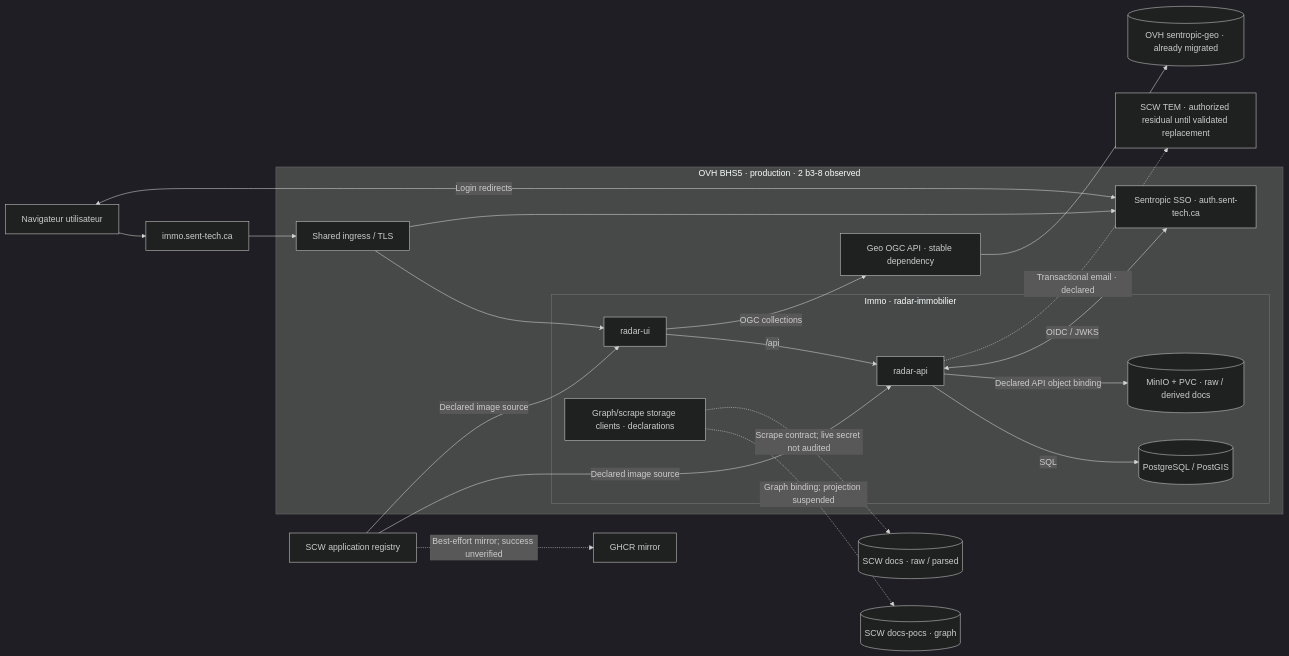
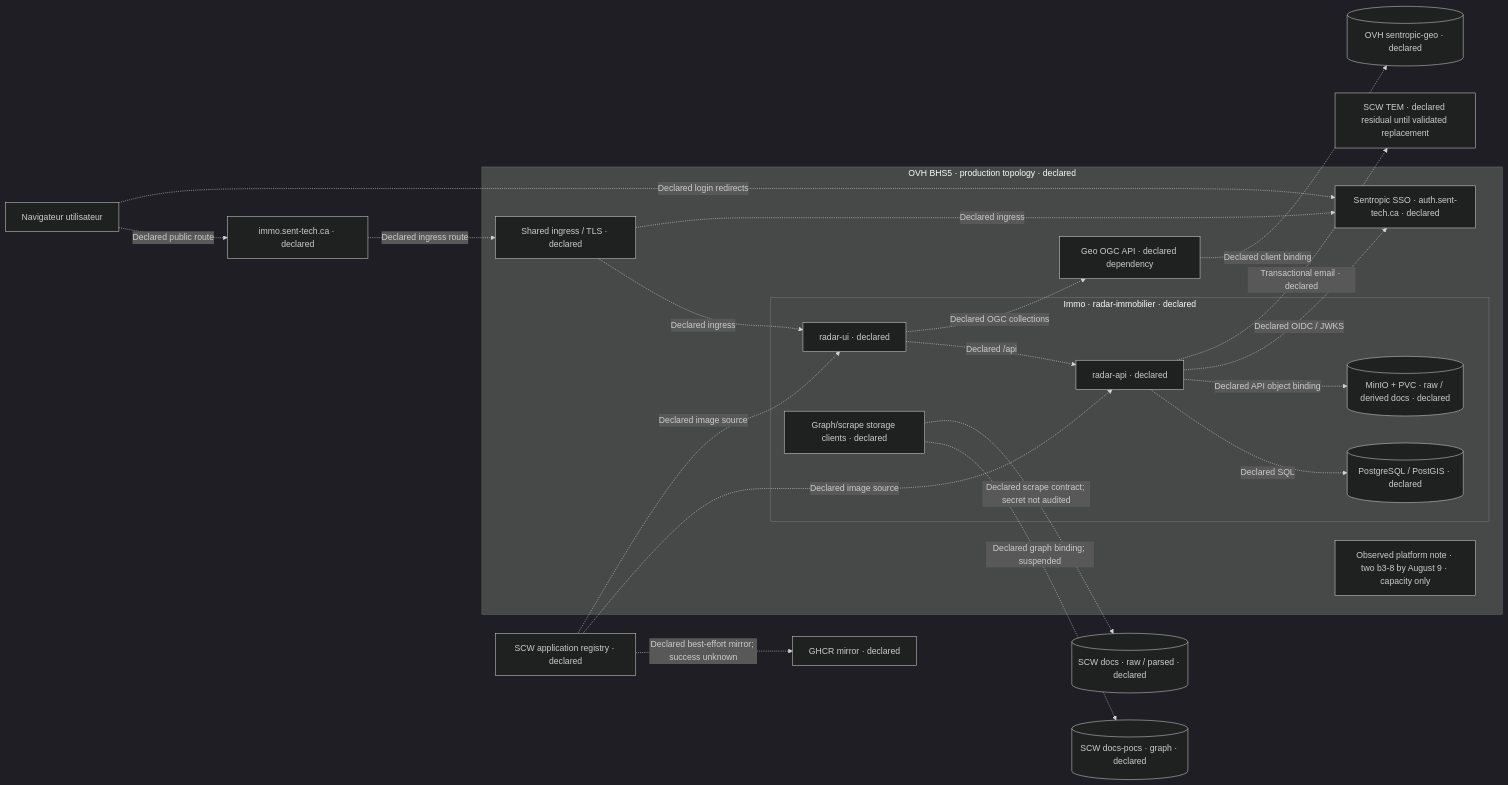
One commit to rhanka/radar-immobilier changed the first of 4 diagrams in docs/spec/SPEC_EVOL_ARCHITECTURE_TWO_TRANSITIONS.md. Above: the diagram before and after it, drawn with Mermaid (dark theme). The commit also changed other lines of this file, not shown here.

Commit message:
docs(architecture): correct dated transition evidence

````diff
--- a/docs/spec/SPEC_EVOL_ARCHITECTURE_TWO_TRANSITIONS.md
+++ b/docs/spec/SPEC_EVOL_ARCHITECTURE_TWO_TRANSITIONS.md
@@ -89,28 +99,29 @@
 ```mermaid
 flowchart LR
-  A_USER["Navigateur utilisateur"] --> A_URL["immo.sent-tech.ca"]
-  subgraph A_CLOUD["OVH BHS5 · production · 2 b3-8 observed"]
-    A_EDGE["Shared ingress / TLS"]
-    subgraph A_IMMO["Immo · radar-immobilier"]
-      A_UI["radar-ui"] -->|"/api"| A_API["radar-api"]
-      A_API -->|"SQL"| A_DB[("PostgreSQL / PostGIS")]
-      A_API -->|"Declared API object binding"| A_MINIO[("MinIO + PVC · raw / derived docs")]
-      A_CLIENTS["Graph/scrape storage clients · declarations"]
+  A_USER["Navigateur utilisateur"] -.->|"Declared public route"| A_URL["immo.sent-tech.ca · declared"]
+  subgraph A_CLOUD["OVH BHS5 · production topology · declared"]
+    A_EDGE["Shared ingress / TLS · declared"]
+    subgraph A_IMMO["Immo · radar-immobilier · declared"]
+      A_UI["radar-ui · declared"] -.->|"Declared /api"| A_API["radar-api · declared"]
+      A_API -.->|"Declared SQL"| A_DB[("PostgreSQL / PostGIS · declared")]
+      A_API -.->|"Declared API object binding"| A_MINIO[("MinIO + PVC · raw / derived docs · declared")]
+      A_CLIENTS["Graph/scrape storage clients · declared"]
     end
-    A_SSO["Sentropic SSO · auth.sent-tech.ca"]
-    A_GEO["Geo OGC API · stable dependency"]
-    A_EDGE --> A_UI
-    A_EDGE --> A_SSO
-    A_UI -->|"OGC collections"| A_GEO
-    A_API <-->|"OIDC / JWKS"| A_SSO
+    A_SSO["Sentropic SSO · auth.sent-tech.ca · declared"]
+    A_GEO["Geo OGC API · declared dependency"]
+    A_CAPACITY["Observed platform note · two b3-8 by August 9 · capacity only"]
+    A_EDGE -.->|"Declared ingress"| A_UI
+    A_EDGE -.->|"Declared ingress"| A_SSO
+    A_UI -.->|"Declared OGC collections"| A_GEO
+    A_API -.->|"Declared OIDC / JWKS"| A_SSO
   end
-  A_URL --> A_EDGE
-  A_USER <-->|"Login redirects"| A_SSO
-  A_GEO --> A_GEOS3[("OVH sentropic-geo · already migrated")]
-  A_CLIENTS -.->|"Graph binding; projection suspended"| A_SCWGRAPH[("SCW docs-pocs · graph")]
-  A_CLIENTS -.->|"Scrape contract; live secret not audited"| A_SCWDOCS[("SCW docs · raw / parsed")]
-  A_SCWREG["SCW application registry"] -->|"Declared image source"| A_API
-  A_SCWREG -->|"Declared image source"| A_UI
-  A_SCWREG -.->|"Best-effort mirror; success unverified"| A_GHCR["GHCR mirror"]
-  A_API -.->|"Transactional email · declared"| A_TEM["SCW TEM · authorized residual until validated replacement"]
+  A_URL -.->|"Declared ingress route"| A_EDGE
+  A_USER -.->|"Declared login redirects"| A_SSO
+  A_GEO -.->|"Declared client binding"| A_GEOS3[("OVH sentropic-geo · declared")]
+  A_CLIENTS -.->|"Declared graph binding; suspended"| A_SCWGRAPH[("SCW docs-pocs · graph · declared")]
+  A_CLIENTS -.->|"Declared scrape contract; secret not audited"| A_SCWDOCS[("SCW docs · raw / parsed · declared")]
+  A_SCWREG["SCW application registry · declared"] -.->|"Declared image source"| A_API
+  A_SCWREG -.->|"Declared image source"| A_UI
+  A_SCWREG -.->|"Declared best-effort mirror; success unknown"| A_GHCR["GHCR mirror · declared"]
+  A_API -.->|"Transactional email · declared"| A_TEM["SCW TEM · declared residual until validated replacement"]
 ```
````
